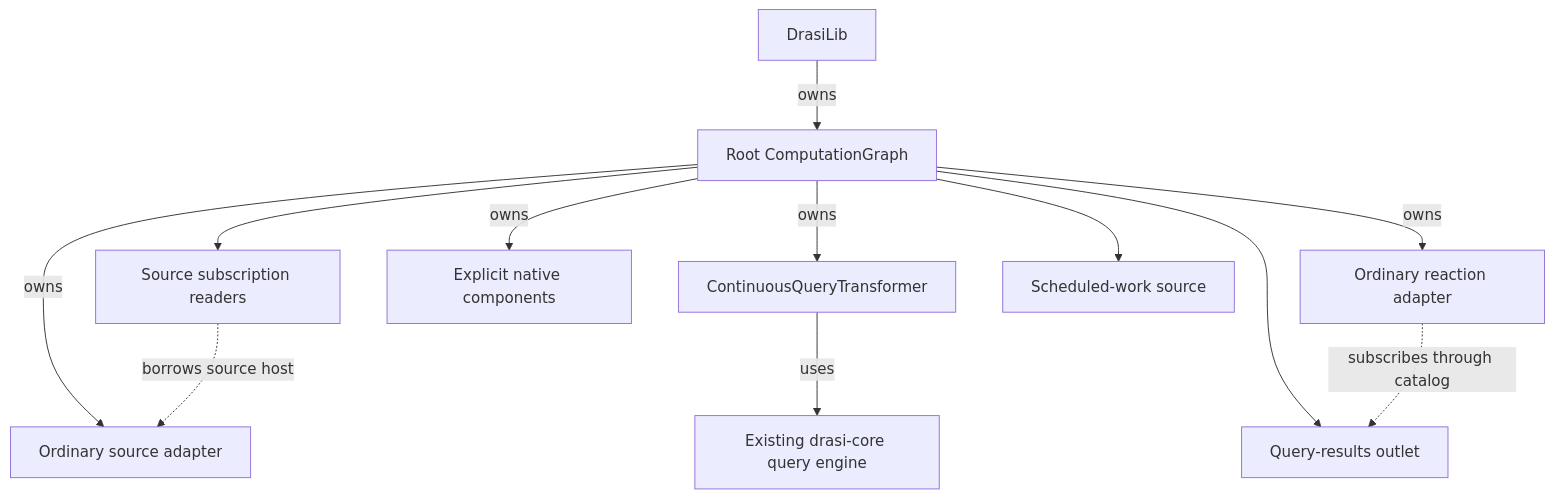
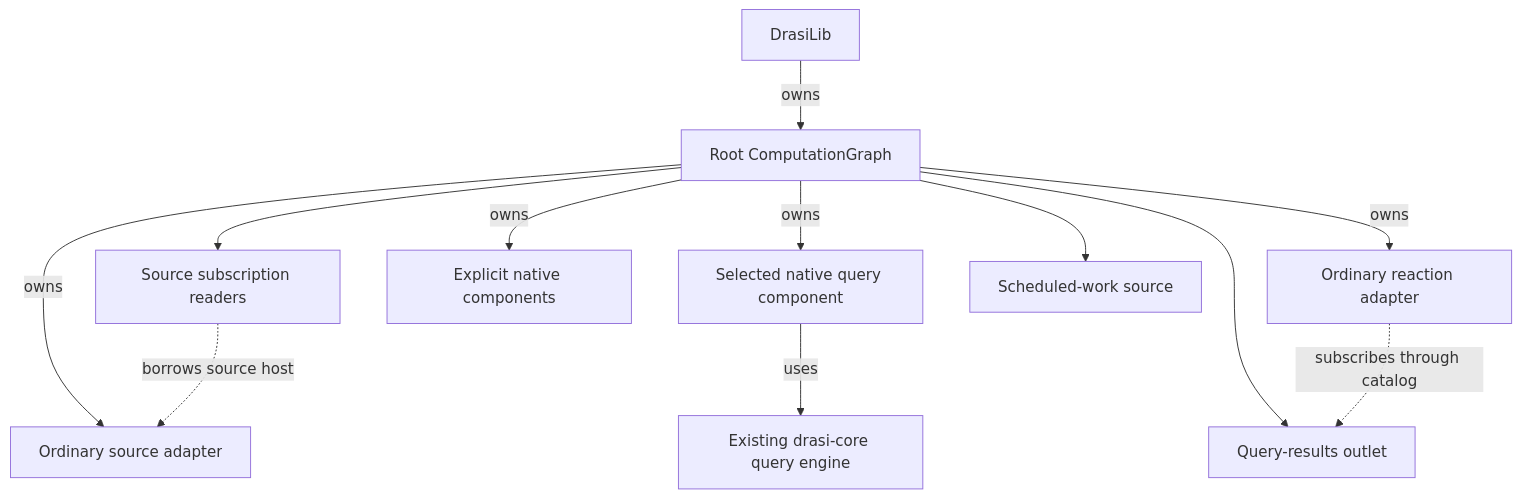
The first of 2 diagrams in lib/docs/computation-graph-maintainers-guide.md (drasi-project/drasi-core), drawn with Mermaid before and after one commit. The commit also changed other lines of this file and 344 other files, not shown here.

````diff
--- a/lib/docs/computation-graph-maintainers-guide.md
+++ b/lib/docs/computation-graph-maintainers-guide.md
@@ -175,14 +178,14 @@
 ```mermaid
 flowchart TB
     D[DrasiLib] -->|owns| R[Root ComputationGraph]
     R -->|owns| S[Ordinary source adapter]
-    R -->|owns| Q[ContinuousQueryTransformer]
+    R -->|owns| Q[Selected native query component]
     R -->|owns| A[Ordinary reaction adapter]
     R -->|owns| N[Explicit native components]
     Q -->|uses| EV[Existing drasi-core query engine]
     R --> SR[Source subscription readers]
     R --> TM[Scheduled-work source]
     R --> OUT[Query-results outlet]
     SR -. borrows source host .-> S
     A -. subscribes through catalog .-> OUT
 ```
````
